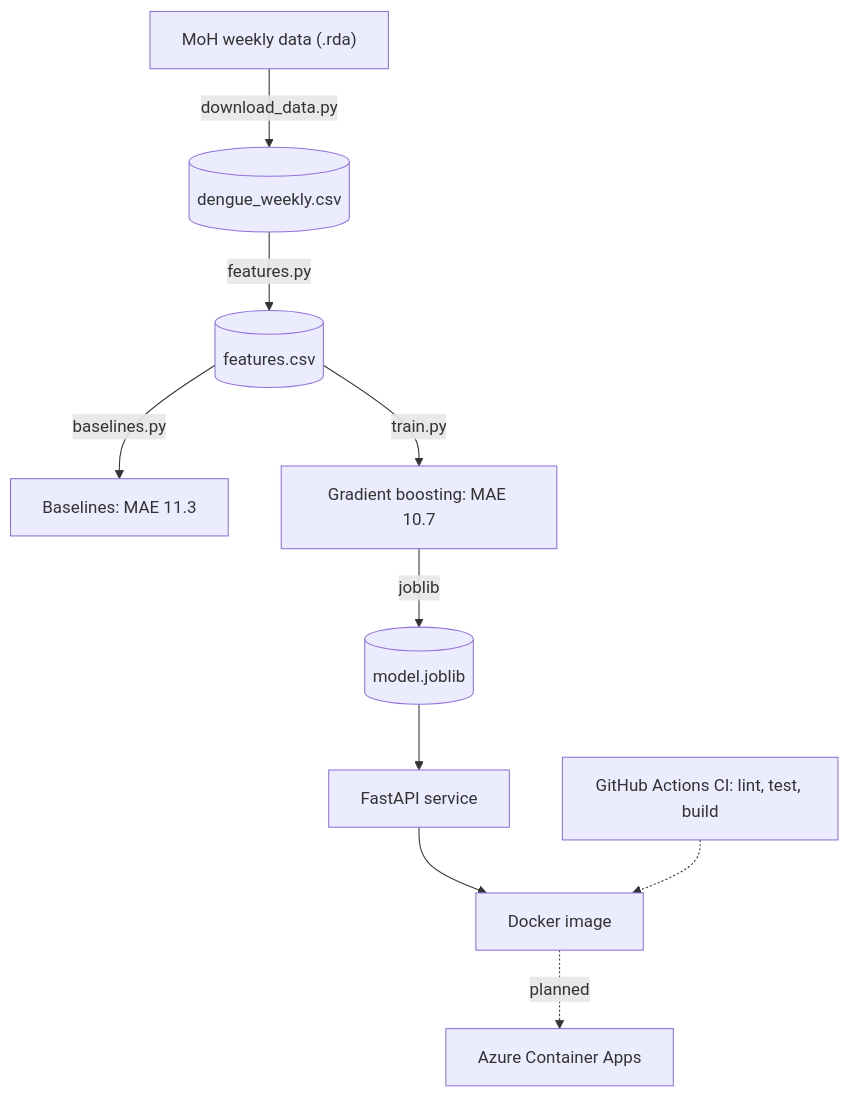
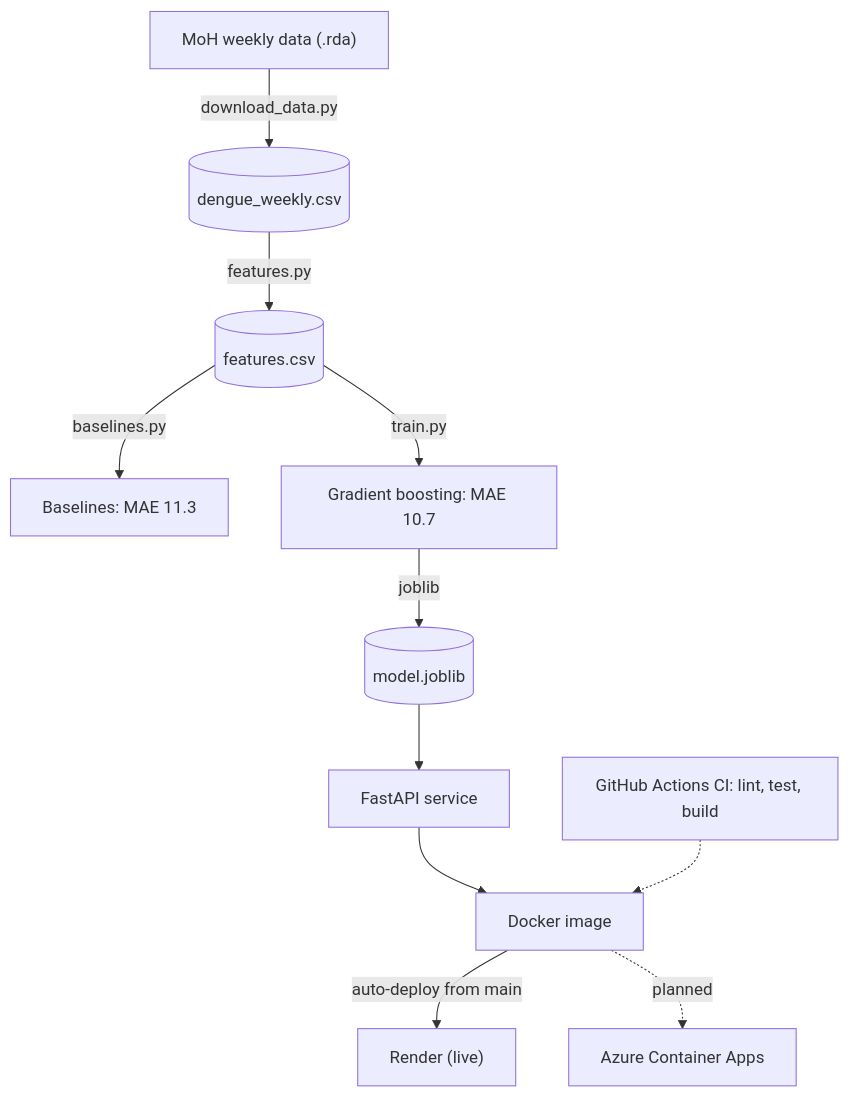
Before and after one commit to Danishiyan/dengue-early-warning: the diagram in README.md, drawn with Mermaid. The commit also changed other lines of this file, not shown here.

Commit message:
docs: add live Render demo, deployment section and thread-fix lesson (#2)

````diff
--- a/README.md
+++ b/README.md
@@ -11,12 +13,13 @@
 ```mermaid
 flowchart TD
     A["MoH weekly data (.rda)"] -->|download_data.py| B[("dengue_weekly.csv")]
     B -->|features.py| C[("features.csv")]
     C -->|baselines.py| D["Baselines: MAE 11.3"]
     C -->|train.py| E["Gradient boosting: MAE 10.7"]
     E -->|joblib| F[("model.joblib")]
     F --> G["FastAPI service"]
     G --> H["Docker image"]
+    H -->|auto-deploy from main| R["Render (live)"]
     H -.->|planned| I["Azure Container Apps"]
     J["GitHub Actions CI: lint, test, build"] -.-> H
 ```
````
